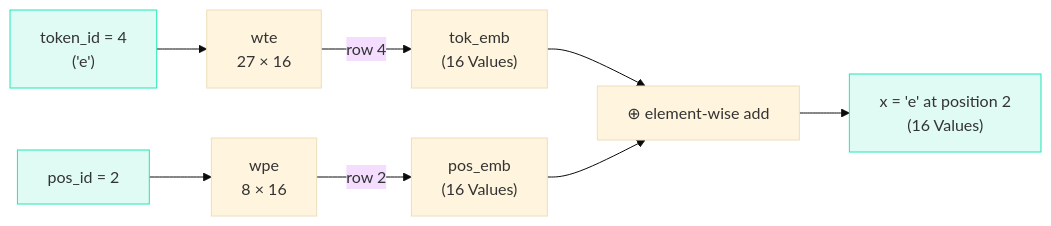
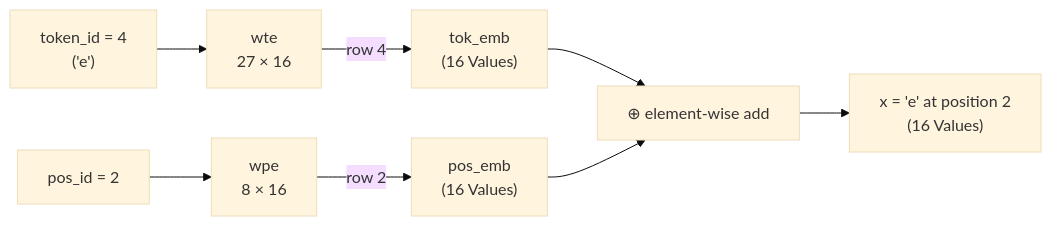
Before and after one commit to iamkhalid2/microgpt-course: the diagram in docs/03-the-architecture/01-embeddings.md, drawn with Mermaid (base theme). The commit also changed 20 other files, not shown here.

Commit message:
Remove all inline Mermaid styles - let theme handle colors natively

````diff
--- a/docs/03-the-architecture/01-embeddings.md
+++ b/docs/03-the-architecture/01-embeddings.md
@@ -65,14 +65,10 @@
 ```mermaid
 flowchart LR
     TID["token_id = 4<br>('e')"] --> WTE["wte<br>27 × 16"]
     WTE --> |"row 4"| TOK["tok_emb<br>(16 Values)"]
     PID["pos_id = 2"] --> WPE["wpe<br>8 × 16"]
     WPE --> |"row 2"| POS["pos_emb<br>(16 Values)"]
     TOK --> ADD["⊕ element-wise add"]
     POS --> ADD
     ADD --> X["x = 'e' at position 2<br>(16 Values)"]
-
-    style TID fill:#e0faf4,stroke:#1de9b6
-    style PID fill:#e0faf4,stroke:#1de9b6
-    style X fill:#e0faf4,stroke:#1de9b6
 ```
````
